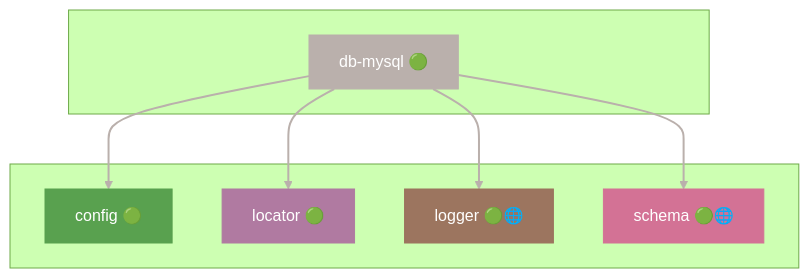
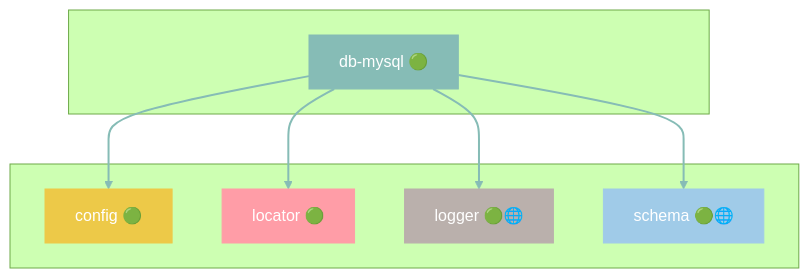
Diagram 12 of 45 in docs/DEPENDENCIES.md (grest-ts/grest-ts), drawn with Mermaid (forest theme) before and after one commit. The commit also changed other lines of this file and 6 other files, not shown here.

````diff
--- a/docs/DEPENDENCIES.md
+++ b/docs/DEPENDENCIES.md
@@ -715,25 +733,25 @@
 ```mermaid
 flowchart TB
     subgraph Package[" "]
         db-mysql["db-mysql 🟢"]
     end
     subgraph Dependencies[" "]
         config["config 🟢"]
         locator["locator 🟢"]
         logger["logger 🟢🌐"]
         schema["schema 🟢🌐"]
     end
     db-mysql --> config
     db-mysql --> locator
     db-mysql --> logger
     db-mysql --> schema
-    style db-mysql fill:#BAB0AC,stroke:#BAB0AC,color:#fff
-    style config fill:#59A14F,stroke:#59A14F,color:#fff
-    style locator fill:#B07AA1,stroke:#B07AA1,color:#fff
-    style logger fill:#9C755F,stroke:#9C755F,color:#fff
-    style schema fill:#D37295,stroke:#D37295,color:#fff
-    linkStyle 0 stroke:#BAB0AC,stroke-width:2px
-    linkStyle 1 stroke:#BAB0AC,stroke-width:2px
-    linkStyle 2 stroke:#BAB0AC,stroke-width:2px
-    linkStyle 3 stroke:#BAB0AC,stroke-width:2px
+    style db-mysql fill:#86BCB6,stroke:#86BCB6,color:#fff
+    style config fill:#EDC948,stroke:#EDC948,color:#fff
+    style locator fill:#FF9DA7,stroke:#FF9DA7,color:#fff
+    style logger fill:#BAB0AC,stroke:#BAB0AC,color:#fff
+    style schema fill:#A0CBE8,stroke:#A0CBE8,color:#fff
+    linkStyle 0 stroke:#86BCB6,stroke-width:2px
+    linkStyle 1 stroke:#86BCB6,stroke-width:2px
+    linkStyle 2 stroke:#86BCB6,stroke-width:2px
+    linkStyle 3 stroke:#86BCB6,stroke-width:2px
 ```
````
